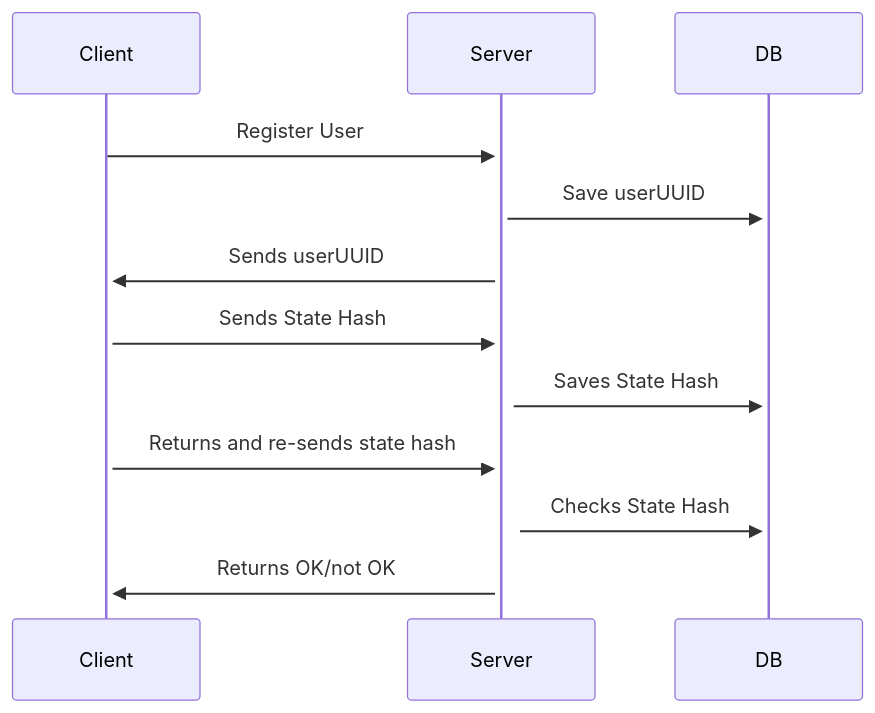
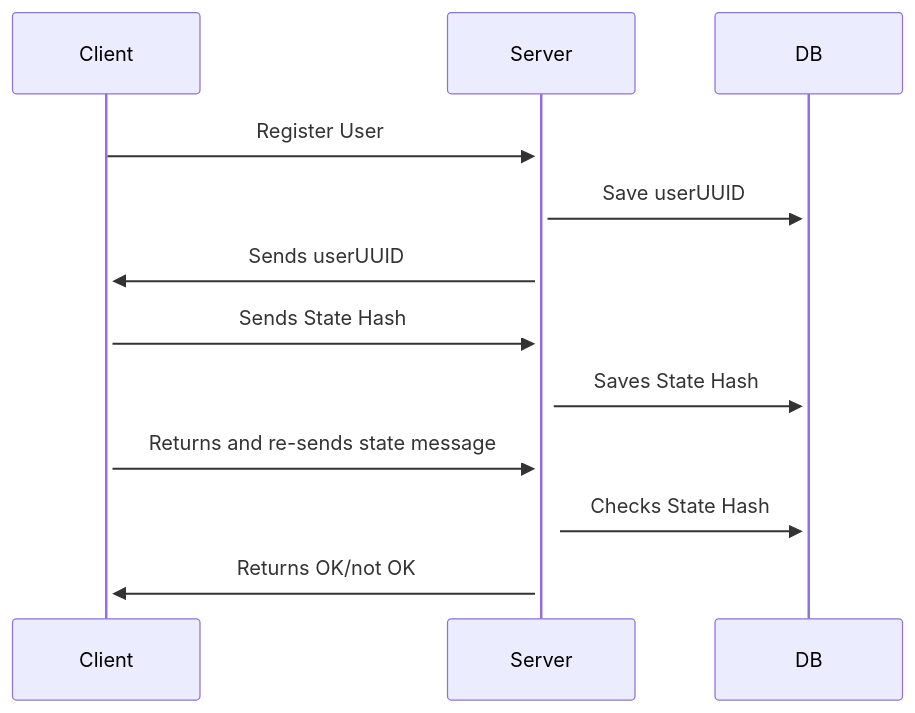
The first of 2 diagrams in README.md (planet-nine-app/continuebee), drawn with Mermaid before and after one commit. The commit also changed other lines of this file and 19 other files, not shown here.

````diff
--- a/README.md
+++ b/README.md
@@ -12,11 +12,11 @@
 ```mermaid
 sequenceDiagram
     Client->>+Server: Register User
     Server->>+DB: Save userUUID
     Server->>+Client: Sends userUUID
     Client->>+Server: Sends State Hash
     Server->>+DB: Saves State Hash
-    Client->>+Server: Returns and re-sends state hash
+    Client->>+Server: Returns and re-sends state message
     Server->>+DB: Checks State Hash
     Server->>+Client: Returns OK/not OK
 ```
````
